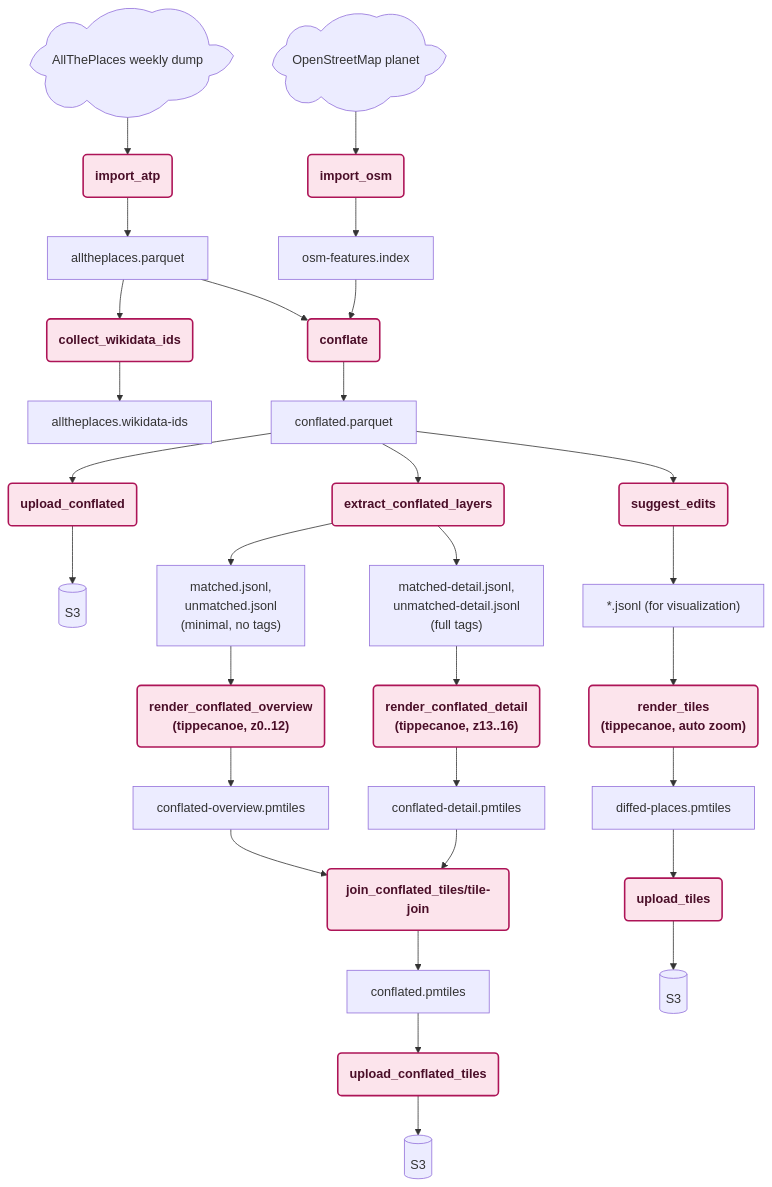
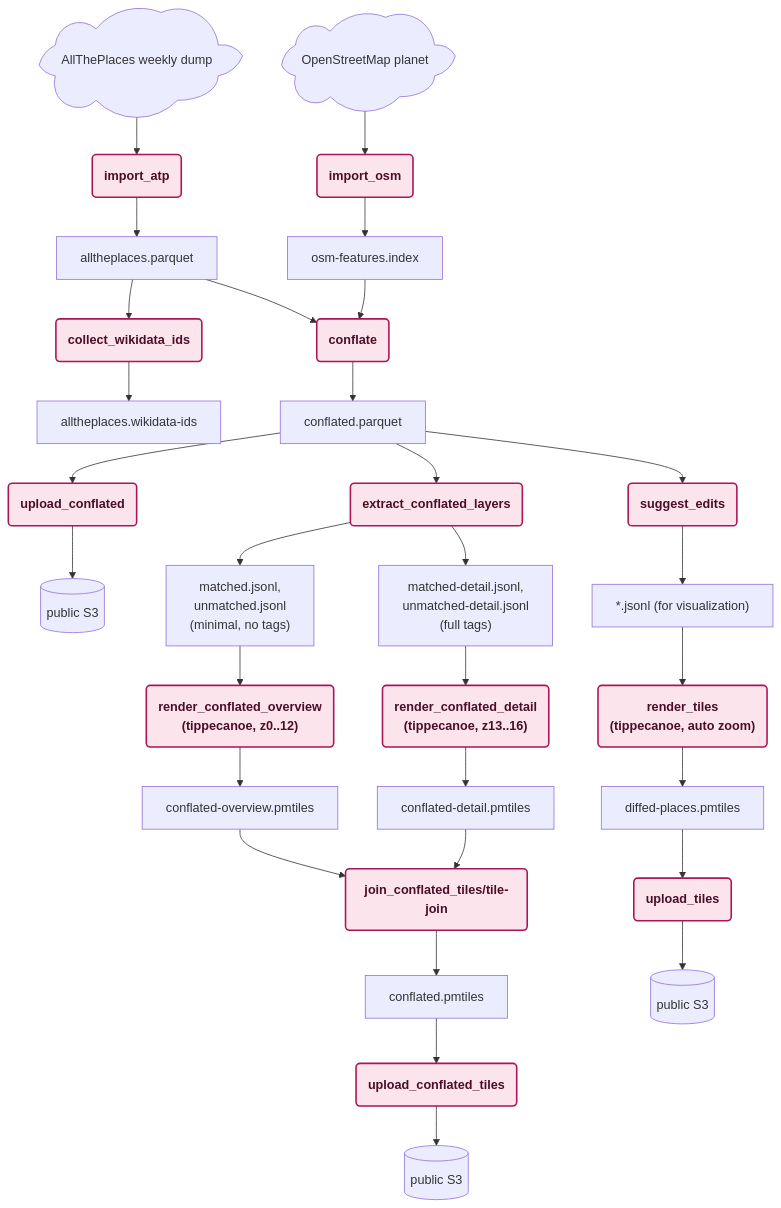
The diagram in docs/TECHNICAL_DESIGN.md (alltheplaces/osm-diffs), drawn with Mermaid before and after one commit. The commit also changed other lines of this file and 6 other files, not shown here.

First line of the commit message:
refactor(upload): split S3 into PUBLIC_S3_* and INTERNAL_S3_* buckets (#793)

````diff
--- a/docs/TECHNICAL_DESIGN.md
+++ b/docs/TECHNICAL_DESIGN.md
@@ -177,32 +177,32 @@
 ```mermaid
 graph TD
     ATP_SRC@{ shape: cloud, label: "AllThePlaces weekly dump" }
     OSM_SRC@{ shape: cloud, label: "OpenStreetMap planet" }
 
     ATP_SRC --> IMPORT_ATP(import_atp) --> ATP_PARQUET[alltheplaces.parquet]
     ATP_PARQUET --> COLLECT_WIKI(collect_wikidata_ids) --> WIKIDATA[alltheplaces.wikidata-ids]
 
     OSM_SRC --> IMPORT_OSM(import_osm) --> OSM_INDEX[osm-features.index]
 
     ATP_PARQUET --> CONFLATE(conflate)
     OSM_INDEX --> CONFLATE
     CONFLATE --> CONFLATED[conflated.parquet]
-    CONFLATED --> UPLOAD_CONFLATED(upload_conflated) --> S3A[(S3)]
+    CONFLATED --> UPLOAD_CONFLATED(upload_conflated) --> S3A[("public S3")]
 
     CONFLATED --> EXTRACT_CONFLATED_LAYERS(extract_conflated_layers)
     EXTRACT_CONFLATED_LAYERS --> OVERVIEW_LAYERS["matched.jsonl,<br/>unmatched.jsonl<br/>(minimal, no tags)"]
     EXTRACT_CONFLATED_LAYERS --> DETAIL_LAYERS["matched-detail.jsonl,<br/>unmatched-detail.jsonl<br/>(full tags)"]
     OVERVIEW_LAYERS --> RENDER_CONFLATED_OVERVIEW("render_conflated_overview<br/>(tippecanoe, z0..12)") --> OVERVIEW_PMTILES[conflated-overview.pmtiles]
     DETAIL_LAYERS --> RENDER_CONFLATED_DETAIL("render_conflated_detail<br/>(tippecanoe, z13..16)") --> DETAIL_PMTILES[conflated-detail.pmtiles]
     OVERVIEW_PMTILES --> JOIN_CONFLATED_TILES(join_conflated_tiles/tile-join)
     DETAIL_PMTILES --> JOIN_CONFLATED_TILES
     JOIN_CONFLATED_TILES --> CONFLATED_PMTILES[conflated.pmtiles]
-    CONFLATED_PMTILES --> UPLOAD_CONFLATED_TILES(upload_conflated_tiles) --> S3C[(S3)]
+    CONFLATED_PMTILES --> UPLOAD_CONFLATED_TILES(upload_conflated_tiles) --> S3C[("public S3")]
 
     CONFLATED --> SUGGEST_EDITS(suggest_edits) --> LAYERS["*.jsonl (for visualization)"]
     LAYERS --> RENDER_TILES("render_tiles<br/>(tippecanoe, auto zoom)") --> PMTILES[diffed-places.pmtiles]
-    PMTILES --> UPLOAD_TILES(upload_tiles) --> S3B[(S3)]
+    PMTILES --> UPLOAD_TILES(upload_tiles) --> S3B[("public S3")]
 
     classDef process fill:#fce4ec,stroke:#ad1457,stroke-width:2px,color:#4a0e28,font-weight:bold;
     class IMPORT_ATP,COLLECT_WIKI,IMPORT_OSM,CONFLATE,UPLOAD_CONFLATED,EXTRACT_CONFLATED_LAYERS,RENDER_CONFLATED_OVERVIEW,RENDER_CONFLATED_DETAIL,JOIN_CONFLATED_TILES,UPLOAD_CONFLATED_TILES,SUGGEST_EDITS,RENDER_TILES,UPLOAD_TILES process;
 ```
````
